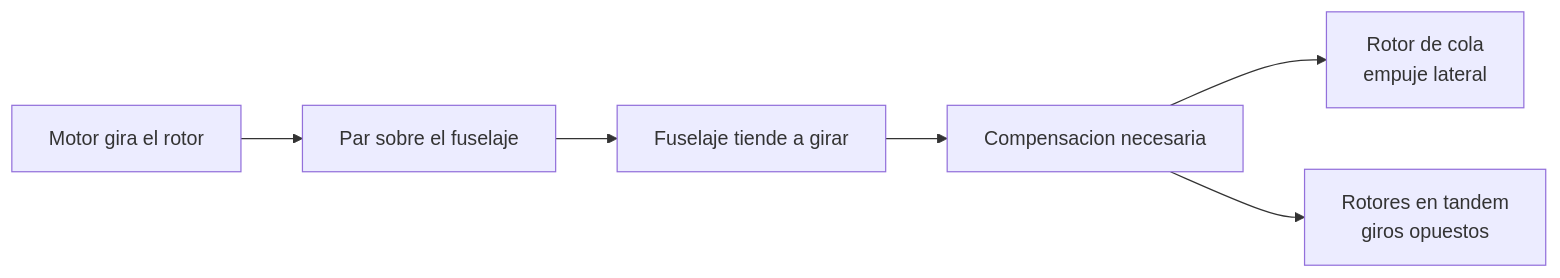
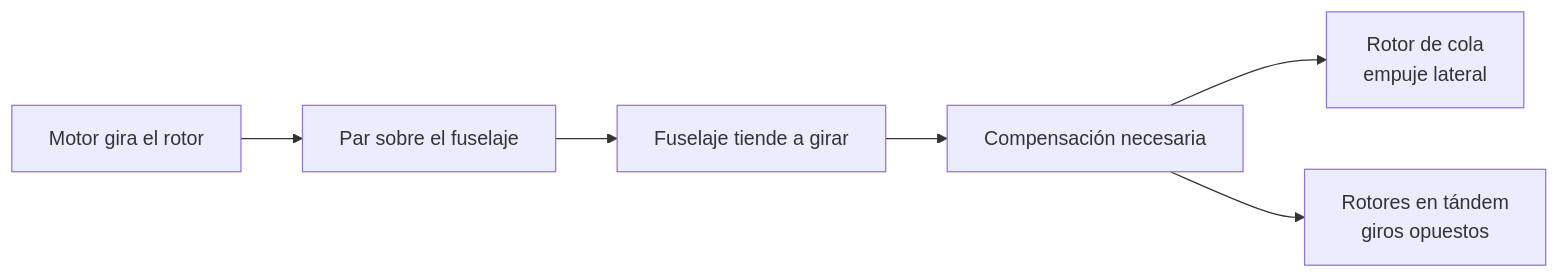
Before and after one commit to vladimiracunadev-create/machine-operator-program: the second of 4 diagrams in vehiculos/helicopteros/operacion/sistemas-mecanicos-helicoptero.md, drawn with Mermaid. The commit also changed other lines of this file and 442 other files, not shown here.

````diff
--- a/vehiculos/helicopteros/operacion/sistemas-mecanicos-helicoptero.md
+++ b/vehiculos/helicopteros/operacion/sistemas-mecanicos-helicoptero.md
@@ -64,8 +64,8 @@
 ```mermaid
 flowchart LR
     Motor[Motor gira el rotor] --> Par[Par sobre el fuselaje]
     Par --> Giro[Fuselaje tiende a girar]
-    Giro --> Comp[Compensacion necesaria]
+    Giro --> Comp[Compensación necesaria]
     Comp --> RC[Rotor de cola<br/>empuje lateral]
-    Comp --> Tandem[Rotores en tandem<br/>giros opuestos]
+    Comp --> Tandem[Rotores en tándem<br/>giros opuestos]
 ```
````
